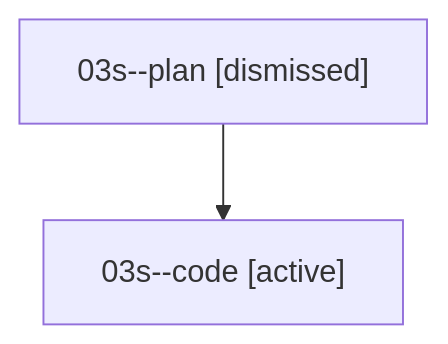
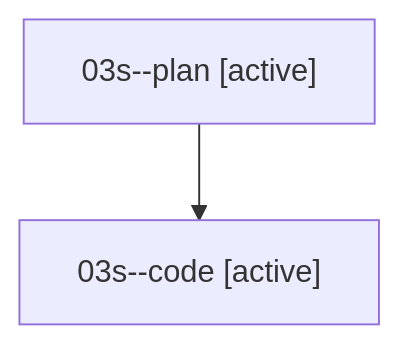
Before and after one commit to sase-org/sase--agents: the diagram in families/bbugyi200.athena.03s.md, drawn with Mermaid. The commit also changed other lines of this file and 35830 other files, not shown here.

````diff
--- a/families/bbugyi200.athena.03s.md
+++ b/families/bbugyi200.athena.03s.md
@@ -9,6 +9,6 @@
 ```mermaid
 flowchart TD
-  n0["03s--plan [dismissed]"]
+  n0["03s--plan [active]"]
   n1["03s--code [active]"]
   n0 --> n1
 ```
````
